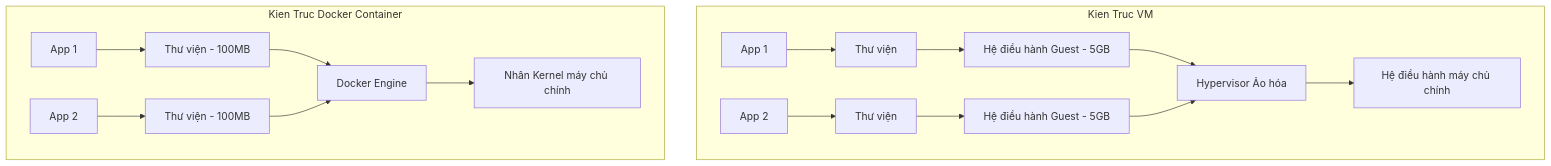
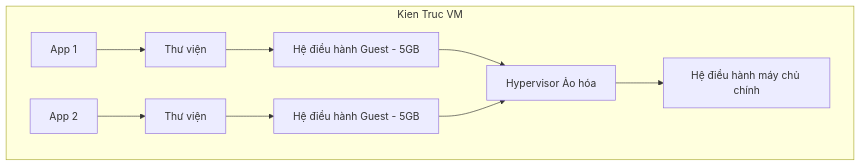
The second of 5 diagrams in 10_devops/docker/lessons/01_basic/00_what-is-docker.md (thanhdevops95/Dev-knowledge), drawn with Mermaid before and after one commit. The commit also changed other lines of this file and 483 other files, not shown here.

````diff
--- a/10_devops/docker/lessons/01_basic/00_what-is-docker.md
+++ b/10_devops/docker/lessons/01_basic/00_what-is-docker.md
@@ -137,20 +136,12 @@
 ```mermaid
 graph TB
     subgraph Kien Truc VM
         VM_App1[App 1] --> VM_Lib1[Thư viện]
         VM_Lib1 --> VM_OS1[Hệ điều hành Guest - 5GB]
         VM_App2[App 2] --> VM_Lib2[Thư viện]
         VM_Lib2 --> VM_OS2[Hệ điều hành Guest - 5GB]
         VM_OS1 --> VM_HV[Hypervisor Ảo hóa]
         VM_OS2 --> VM_HV
         VM_HV --> VM_Host[Hệ điều hành máy chủ chính]
     end
-
-    subgraph Kien Truc Docker Container
-        C_App1[App 1] --> C_Lib1[Thư viện - 100MB]
-        C_App2[App 2] --> C_Lib2[Thư viện - 100MB]
-        C_Lib1 --> C_Docker[Docker Engine]
-        C_Lib2 --> C_Docker
-        C_Docker --> C_Host[Nhân Kernel máy chủ chính]
-    end
 ```
````
